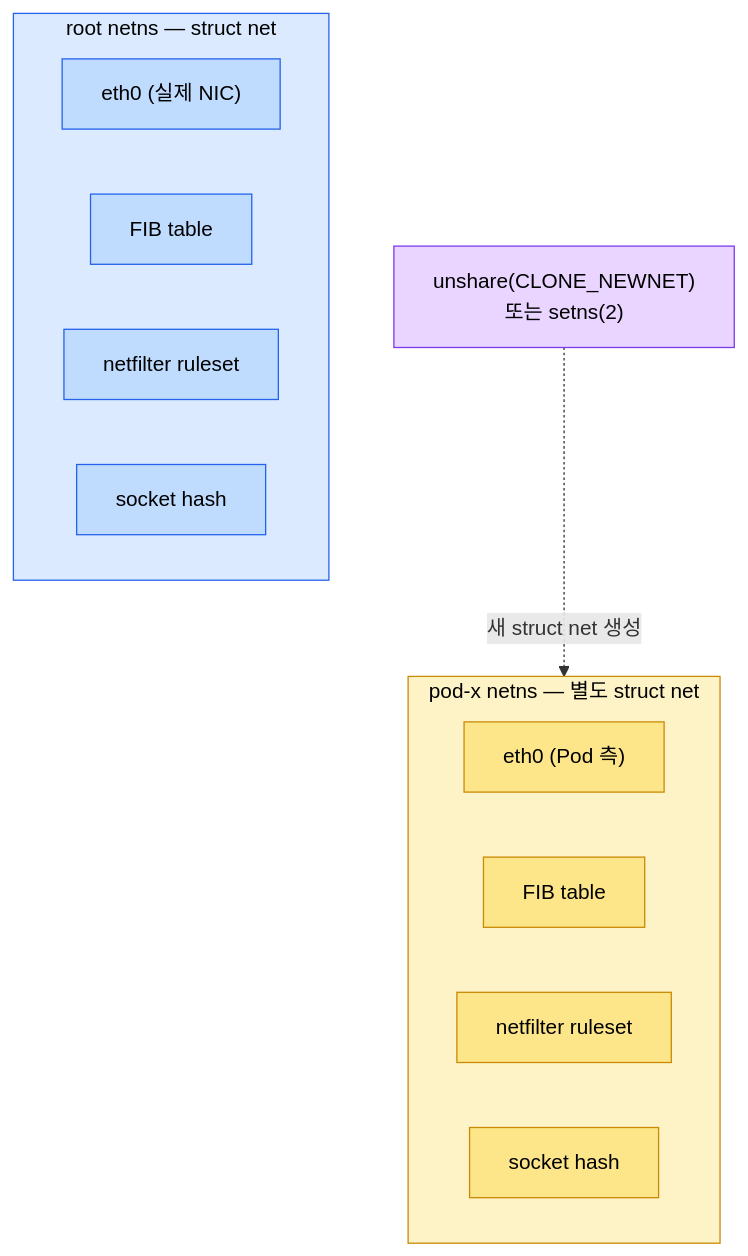
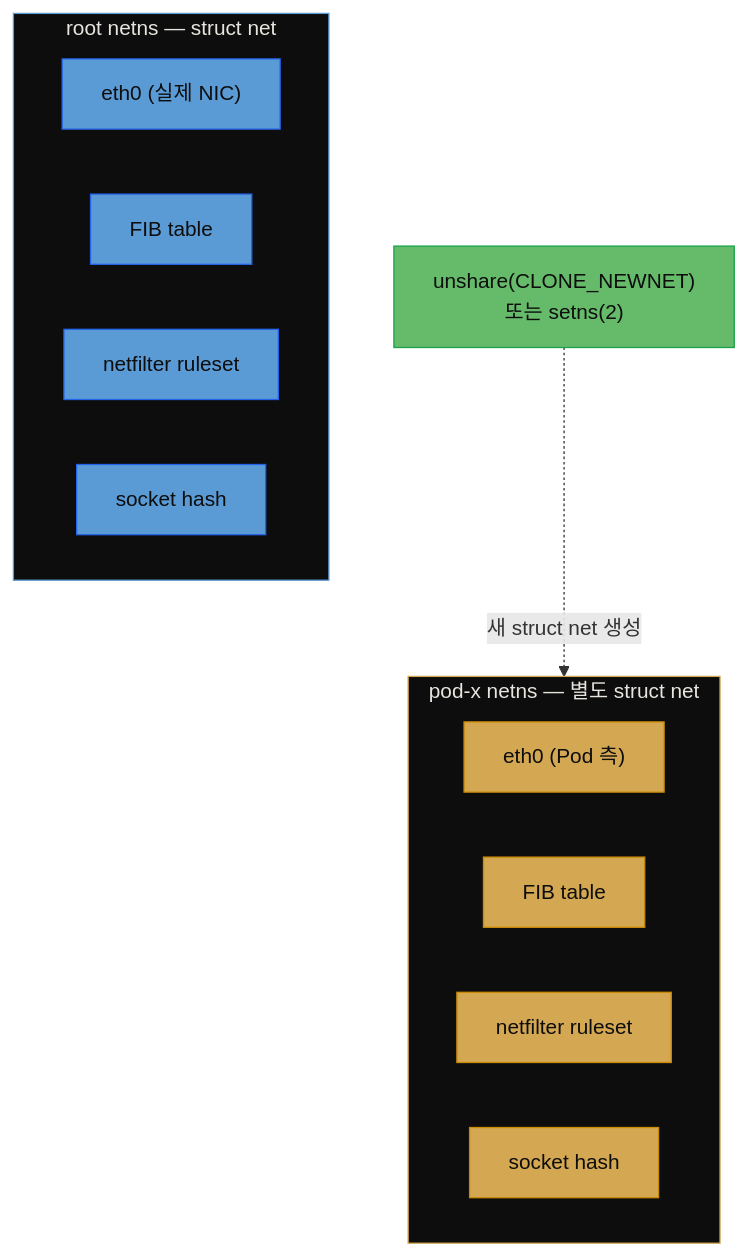
The first of 4 diagrams in write/02_os/networking/01-01.네트워킹 기초.md (scofe97/StduyWrite), drawn with Mermaid before and after one commit. The commit also changed other lines of this file and 3 other files, not shown here.

````diff
--- a/write/02_os/networking/01-01.네트워킹 기초.md
+++ b/write/02_os/networking/01-01.네트워킹 기초.md
@@ -115,29 +90,29 @@
 ```mermaid
 graph TB
     subgraph ROOT["root netns — struct net"]
         E0["eth0 (실제 NIC)"]
         F0["FIB table"]
         N0["netfilter ruleset"]
         S0["socket hash"]
     end
     subgraph POD["pod-x netns — 별도 struct net"]
         E1["eth0 (Pod 측)"]
         F1["FIB table"]
         N1["netfilter ruleset"]
         S1["socket hash"]
     end
     UNSHARE["unshare(CLONE_NEWNET)<br/>또는 setns(2)"]
     UNSHARE -.->|"새 struct net 생성"| POD
 
-    style ROOT fill:#dbeafe,stroke:#2563eb,color:#000
-    style POD fill:#fef3c7,stroke:#ca8a04,color:#000
-    style E0 fill:#bfdbfe,stroke:#2563eb,color:#000
-    style F0 fill:#bfdbfe,stroke:#2563eb,color:#000
-    style N0 fill:#bfdbfe,stroke:#2563eb,color:#000
-    style S0 fill:#bfdbfe,stroke:#2563eb,color:#000
-    style E1 fill:#fde68a,stroke:#ca8a04,color:#000
-    style F1 fill:#fde68a,stroke:#ca8a04,color:#000
-    style N1 fill:#fde68a,stroke:#ca8a04,color:#000
-    style S1 fill:#fde68a,stroke:#ca8a04,color:#000
-    style UNSHARE fill:#e9d5ff,stroke:#7c3aed,color:#000
+    style ROOT fill:#0d0d0d,stroke:#5b9bd5,color:#e8e4df
+    style POD fill:#0d0d0d,stroke:#d4a853,color:#e8e4df
+    style E0 fill:#5b9bd5,stroke:#2563eb,color:#0d0d0d
+    style F0 fill:#5b9bd5,stroke:#2563eb,color:#0d0d0d
+    style N0 fill:#5b9bd5,stroke:#2563eb,color:#0d0d0d
+    style S0 fill:#5b9bd5,stroke:#2563eb,color:#0d0d0d
+    style E1 fill:#d4a853,stroke:#ca8a04,color:#0d0d0d
+    style F1 fill:#d4a853,stroke:#ca8a04,color:#0d0d0d
+    style N1 fill:#d4a853,stroke:#ca8a04,color:#0d0d0d
+    style S1 fill:#d4a853,stroke:#ca8a04,color:#0d0d0d
+    style UNSHARE fill:#66bb6a,stroke:#16a34a,color:#0d0d0d
 ```
````
